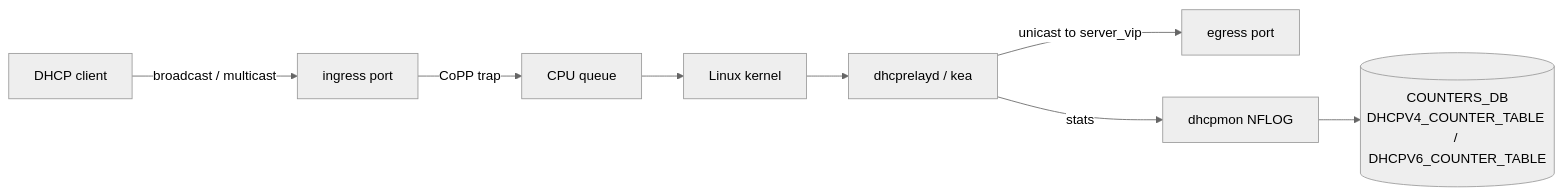
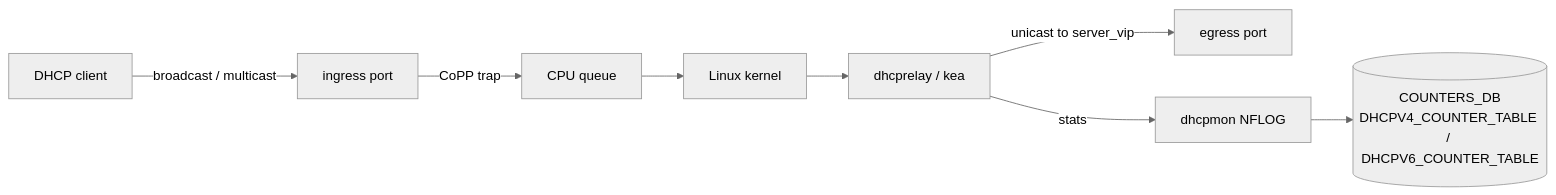
Before and after one commit to aoki-taquan/sonic-unofficial-docs: the third of 3 diagrams in docs/topics/16-nat-dhcp-dns/internals.md, drawn with Mermaid (neutral theme). The commit also changed other lines of this file and 1 other file, not shown here.

Commit message:
fix(review-batch-207): correct NAT binding command and dhcprelay naming
- setup.md: fix `config nat add binding` to use positional args and correct
  nat-type from `dnat` to `snat` for masquerade scenario; remove extra blank line
- internals.md: align dhcprelayd label to dhcprelay/dhcp6relay to match mermaid

````diff
--- a/docs/topics/16-nat-dhcp-dns/internals.md
+++ b/docs/topics/16-nat-dhcp-dns/internals.md
@@ -131,10 +131,10 @@
 ```mermaid
 flowchart LR
   CLIENT[DHCP client] -->|broadcast / multicast| PORT[ingress port]
   PORT -->|CoPP trap| CPU[CPU queue]
   CPU --> KERNEL[Linux kernel]
-  KERNEL --> RELAY[dhcprelayd / kea]
+  KERNEL --> RELAY[dhcprelay / kea]
   RELAY -->|unicast to server_vip| EGRESS[egress port]
   RELAY -->|stats| DHCPMON[dhcpmon NFLOG]
   DHCPMON --> STATE[(COUNTERS_DB<br/>DHCPV4_COUNTER_TABLE / DHCPV6_COUNTER_TABLE)]
 ```
````
